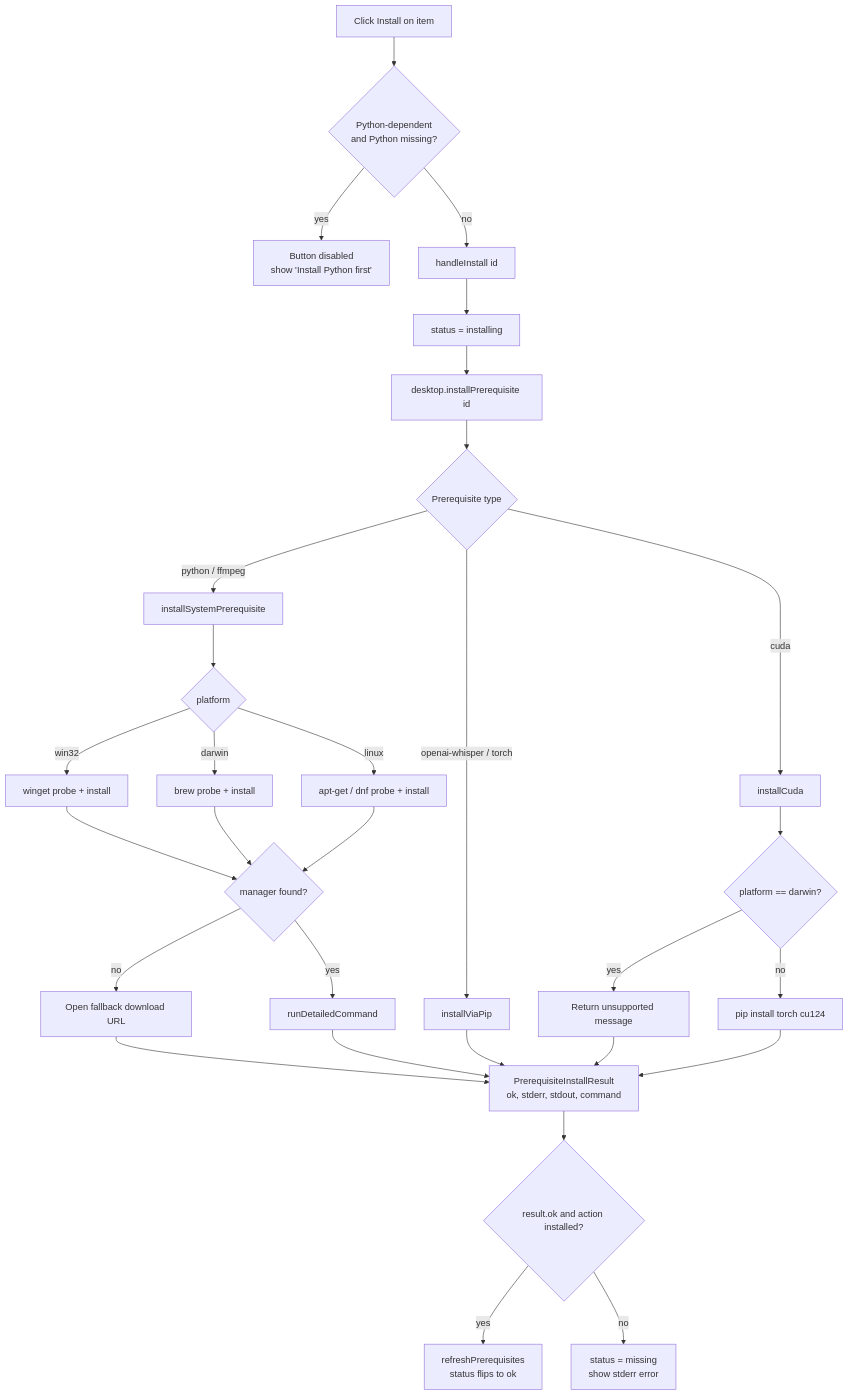
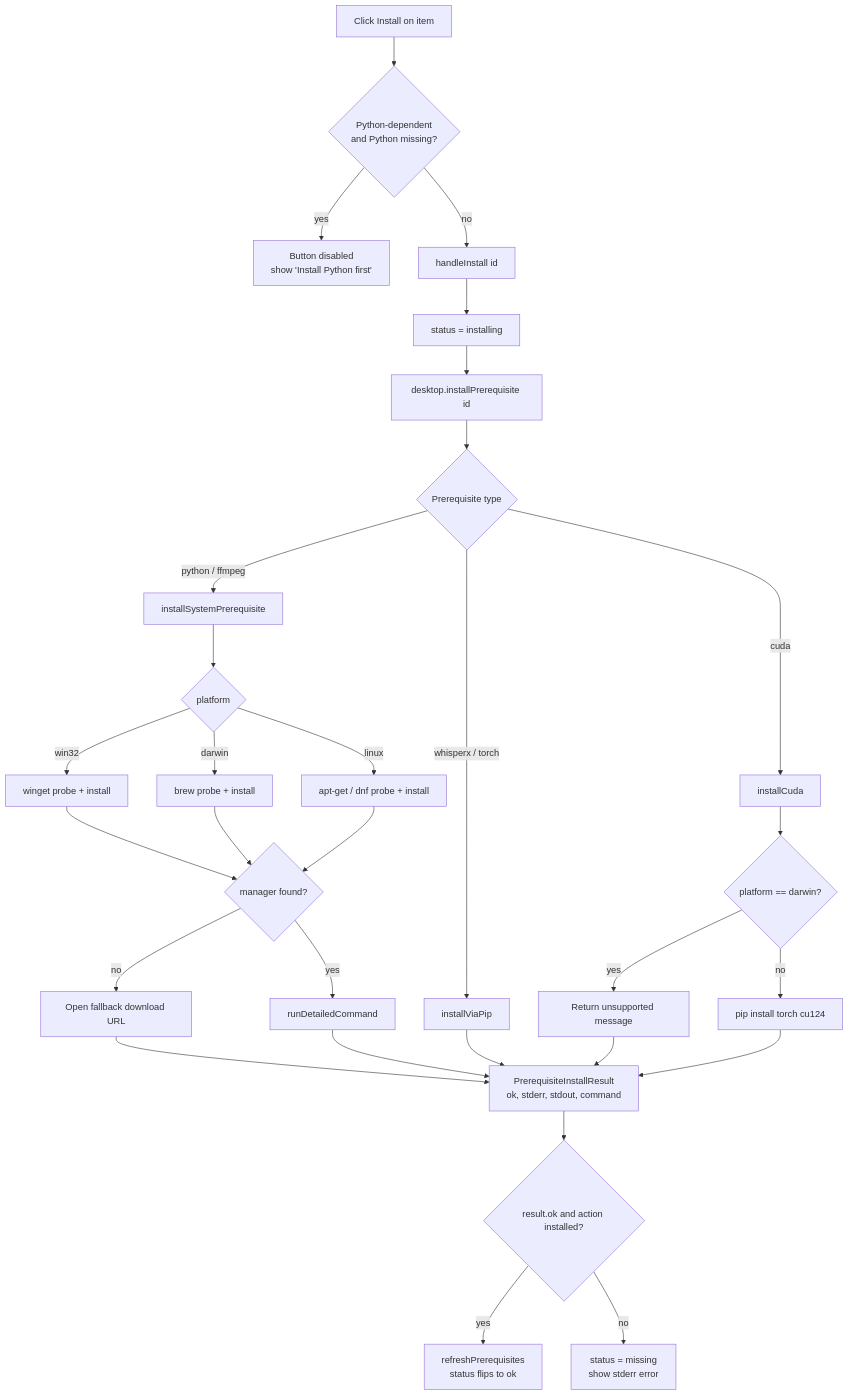
One commit to mohammadreza-davarzani/Whisper-Studio changed the second of 3 diagrams in docs/ARCHITECTURE.md. Above: the diagram before and after it, drawn with Mermaid. The commit also changed other lines of this file and 16 other files, not shown here.

````diff
--- a/docs/ARCHITECTURE.md
+++ b/docs/ARCHITECTURE.md
@@ -91,30 +91,30 @@
 ```mermaid
 flowchart TD
     A[Click Install on item] --> B{Python-dependent<br/>and Python missing?}
     B -->|yes| C[Button disabled<br/>show 'Install Python first']
     B -->|no| D[handleInstall id]
     D --> E[status = installing]
     E --> F[desktop.installPrerequisite id]
 
     F --> G{Prerequisite type}
     G -->|python / ffmpeg| H[installSystemPrerequisite]
-    G -->|openai-whisper / torch| I[installViaPip]
+    G -->|whisperx / torch| I[installViaPip]
     G -->|cuda| J[installCuda]
 
     H --> H1{platform}
     H1 -->|win32| H2[winget probe + install]
     H1 -->|darwin| H3[brew probe + install]
     H1 -->|linux| H4[apt-get / dnf probe + install]
     H2 & H3 & H4 --> H5{manager found?}
     H5 -->|no| H6[Open fallback download URL]
     H5 -->|yes| H7[runDetailedCommand]
 
     J --> J1{platform == darwin?}
     J1 -->|yes| J2[Return unsupported message]
     J1 -->|no| J3[pip install torch cu124]
 
     H6 & H7 & I & J2 & J3 --> K[PrerequisiteInstallResult<br/>ok, stderr, stdout, command]
     K --> L{result.ok and action installed?}
     L -->|yes| M[refreshPrerequisites<br/>status flips to ok]
     L -->|no| N[status = missing<br/>show stderr error]
 ```
````
